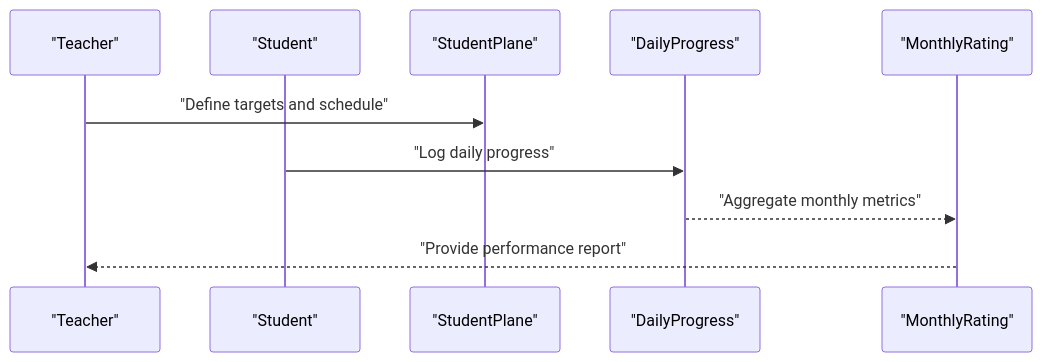
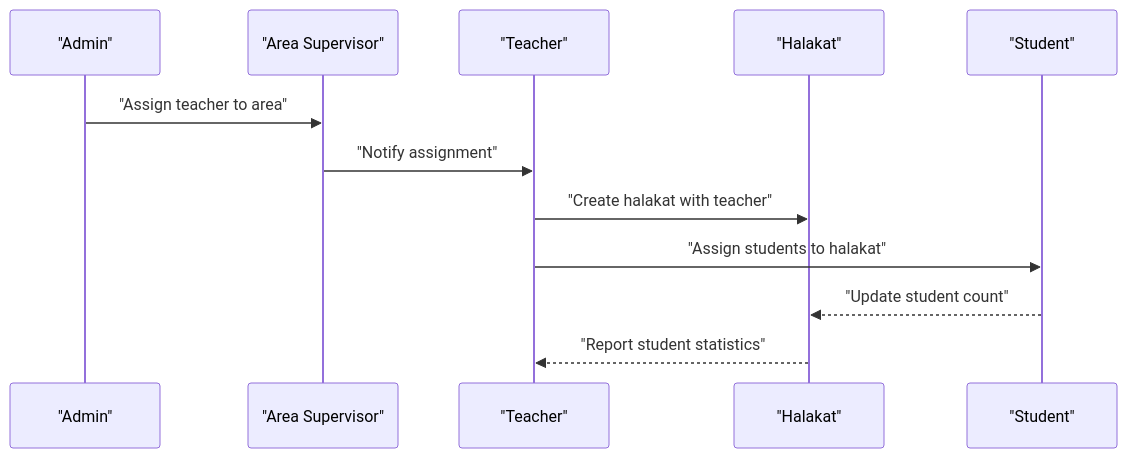
One commit to Mreng78/khirocom_project changed the sixth of 8 diagrams in .qoder/repowiki/en/content/Feature Modules/Teaching Group Management.md. Above: the diagram before and after it, drawn with Mermaid. The commit also changed other lines of this file and 10 other files, not shown here.

````diff
--- a/.qoder/repowiki/en/content/Feature Modules/Teaching Group Management.md
+++ b/.qoder/repowiki/en/content/Feature Modules/Teaching Group Management.md
@@ -325,12 +403,14 @@
 ```mermaid
 sequenceDiagram
+participant Admin as "Admin"
+participant Area as "Area Supervisor"
 participant Teacher as "Teacher"
+participant Halakat as "Halakat"
 participant Student as "Student"
-participant Plane as "StudentPlane"
-participant Progress as "DailyProgress"
-participant Rating as "MonthlyRating"
-Teacher->>Plane : "Define targets and schedule"
-Student->>Progress : "Log daily progress"
-Progress-->>Rating : "Aggregate monthly metrics"
-Rating-->>Teacher : "Provide performance report"
+Admin->>Area : "Assign teacher to area"
+Area->>Teacher : "Notify assignment"
+Teacher->>Halakat : "Create halakat with teacher"
+Teacher->>Student : "Assign students to halakat"
+Student-->>Halakat : "Update student count"
+Halakat-->>Teacher : "Report student statistics"
 ```
````
